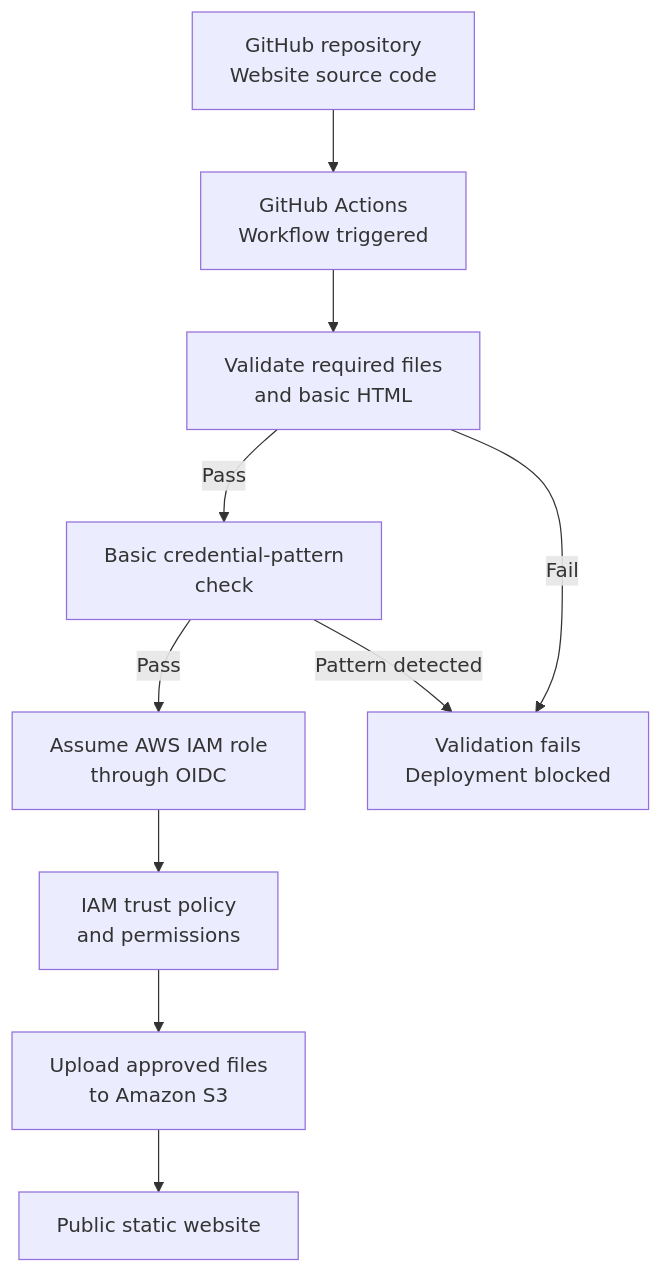
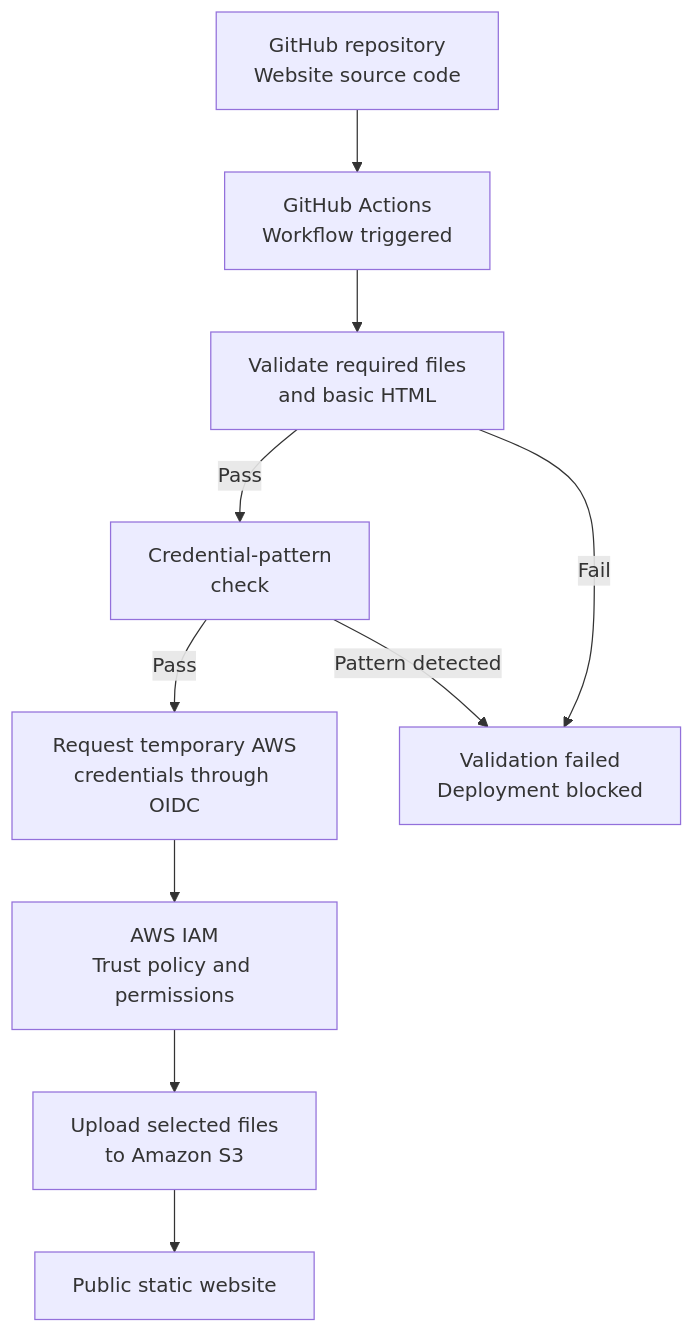
Before and after one commit to imed3721/operation-skyfall: the diagram in README.md, drawn with Mermaid. The commit also changed other lines of this file, not shown here.

````diff
--- a/README.md
+++ b/README.md
@@ -40,22 +41,22 @@
 ```mermaid
 flowchart TD
     A["GitHub repository<br/>Website source code"]
     B["GitHub Actions<br/>Workflow triggered"]
     C["Validate required files<br/>and basic HTML"]
-    D["Basic credential-pattern<br/>check"]
-    E["Assume AWS IAM role<br/>through OIDC"]
-    F["IAM trust policy<br/>and permissions"]
-    G["Upload approved files<br/>to Amazon S3"]
+    D["Credential-pattern<br/>check"]
+    E["Request temporary AWS<br/>credentials through OIDC"]
+    F["AWS IAM<br/>Trust policy and permissions"]
+    G["Upload selected files<br/>to Amazon S3"]
     H["Public static website"]
-    X["Validation fails<br/>Deployment blocked"]
+    X["Validation failed<br/>Deployment blocked"]
 
     A --> B
     B --> C
     C -->|Pass| D
     C -->|Fail| X
     D -->|Pass| E
     D -->|Pattern detected| X
     E --> F
     F --> G
     G --> H
 ```
````
